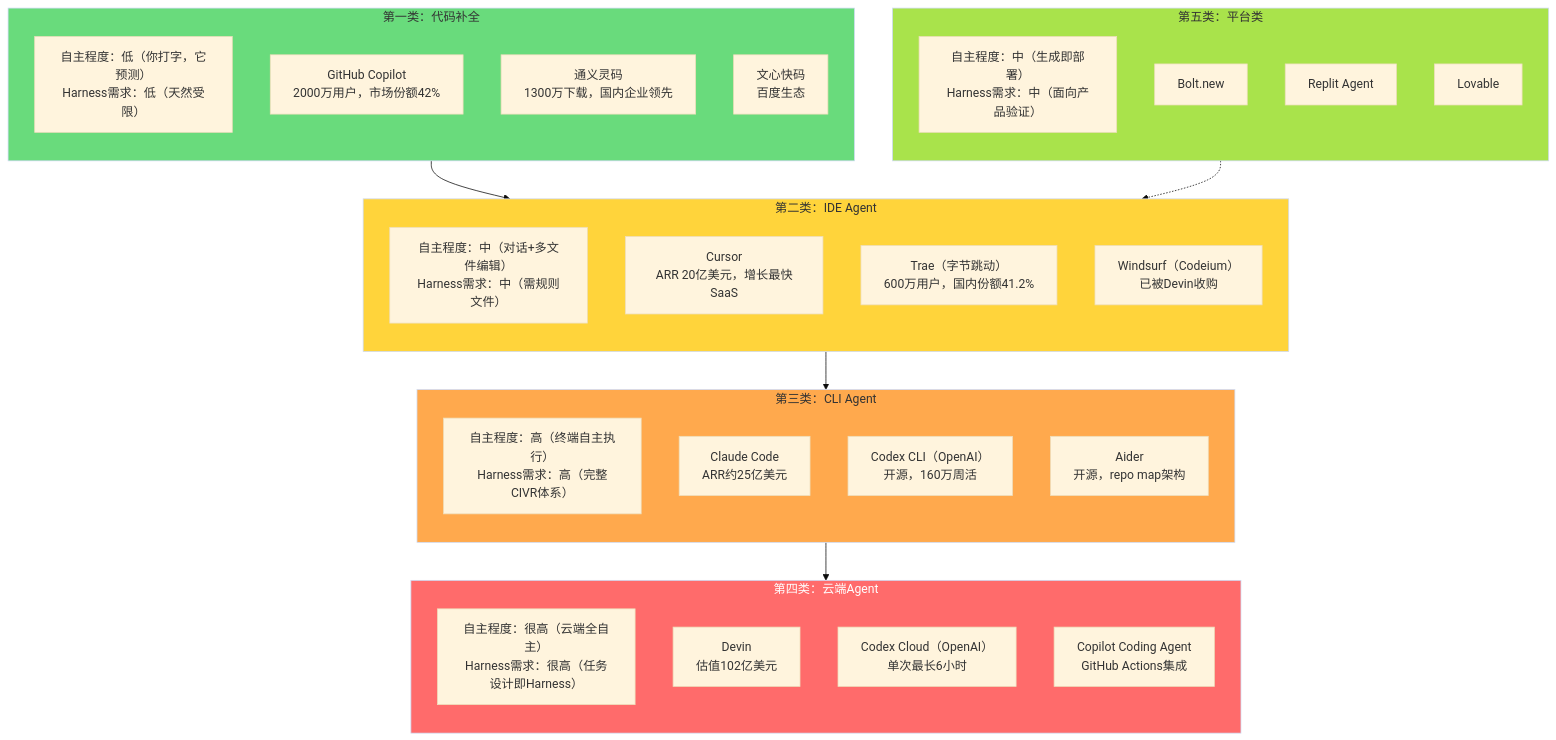
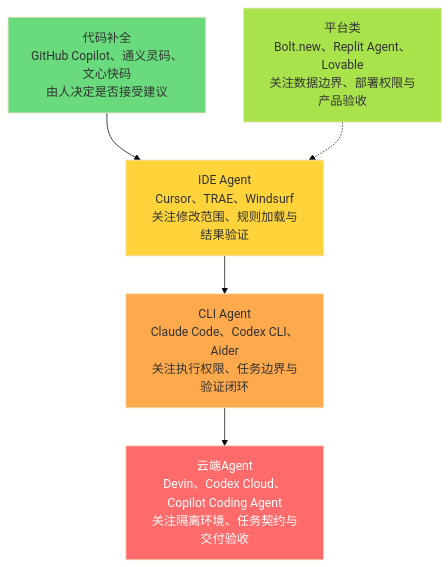
One commit to linan109/harness-engineering-book changed the diagram in diagrams/tool-landscape.md. Above: the diagram before and after it, drawn with Mermaid (base theme). The commit also changed other lines of this file and 53 other files, not shown here.

````diff
--- a/diagrams/tool-landscape.md
+++ b/diagrams/tool-landscape.md
@@ -19,51 +9,15 @@
 ```mermaid
 graph TB
-    subgraph T1["第一类：代码补全"]
-        direction TB
-        T1H["自主程度：低（你打字，它预测）<br/>Harness需求：低（天然受限）"]
-        T1A["GitHub Copilot<br/>2000万用户，市场份额42%"]
-        T1B["通义灵码<br/>1300万下载，国内企业领先"]
-        T1C["文心快码<br/>百度生态"]
-    end
-
-    subgraph T2["第二类：IDE Agent"]
-        direction TB
-        T2H["自主程度：中（对话+多文件编辑）<br/>Harness需求：中（需规则文件）"]
-        T2A["Cursor<br/>ARR 20亿美元，增长最快SaaS"]
-        T2B["Trae（字节跳动）<br/>600万用户，国内份额41.2%"]
-        T2C["Windsurf（Codeium）<br/>已被Devin收购"]
-    end
-
-    subgraph T3["第三类：CLI Agent"]
-        direction TB
-        T3H["自主程度：高（终端自主执行）<br/>Harness需求：高（完整CIVR体系）"]
-        T3A["Claude Code<br/>ARR约25亿美元"]
-        T3B["Codex CLI（OpenAI）<br/>开源，160万周活"]
-        T3C["Aider<br/>开源，repo map架构"]
-    end
-
-    subgraph T4["第四类：云端Agent"]
-        direction TB
-        T4H["自主程度：很高（云端全自主）<br/>Harness需求：很高（任务设计即Harness）"]
-        T4A["Devin<br/>估值102亿美元"]
-        T4B["Codex Cloud（OpenAI）<br/>单次最长6小时"]
-        T4C["Copilot Coding Agent<br/>GitHub Actions集成"]
-    end
-
-    subgraph T5["第五类：平台类"]
-        direction TB
-        T5H["自主程度：中（生成即部署）<br/>Harness需求：中（面向产品验证）"]
-        T5A["Bolt.new"]
-        T5B["Replit Agent"]
-        T5C["Lovable"]
-    end
-
+    T1["代码补全<br/>GitHub Copilot、通义灵码、文心快码<br/>由人决定是否接受建议"]
+    T2["IDE Agent<br/>Cursor、TRAE、Windsurf<br/>关注修改范围、规则加载与结果验证"]
+    T3["CLI Agent<br/>Claude Code、Codex CLI、Aider<br/>关注执行权限、任务边界与验证闭环"]
+    T4["云端Agent<br/>Devin、Codex Cloud、Copilot Coding Agent<br/>关注隔离环境、任务契约与交付验收"]
+    T5["平台类<br/>Bolt.new、Replit Agent、Lovable<br/>关注数据边界、部署权限与产品验收"]
     T1 --> T2 --> T3 --> T4
     T5 -.-> T2
-
     style T1 fill:#69db7c,color:#333
     style T2 fill:#ffd43b,color:#333
     style T3 fill:#ffa94d,color:#333
     style T4 fill:#ff6b6b,color:#fff
     style T5 fill:#a9e34b,color:#333
 ```
````
